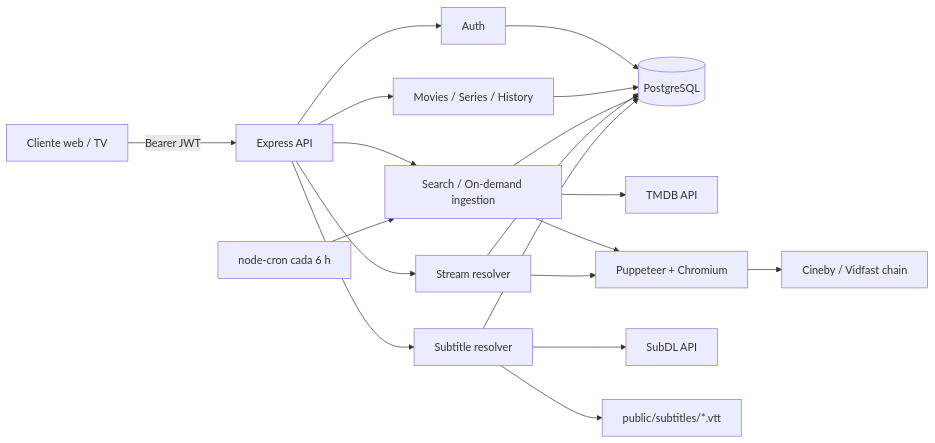
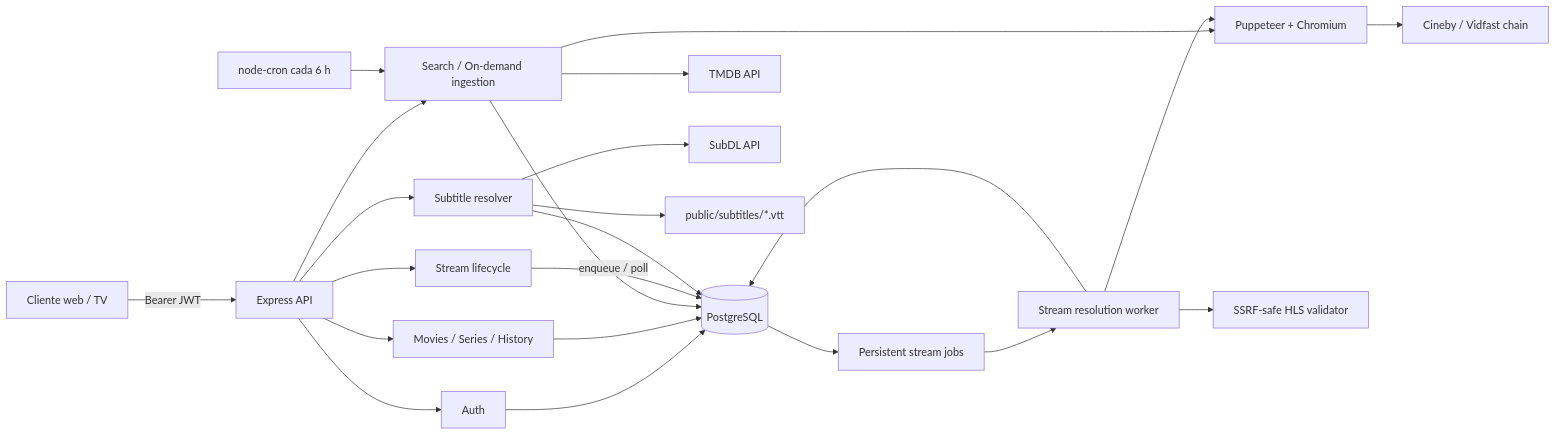
Before and after one commit to zamzze/kanchita-backend: the diagram in ARCHITECTURE.md, drawn with Mermaid. The commit also changed other lines of this file and 29 other files, not shown here.

Commit message:
Fase 2B: cola persistente y worker de streams

````diff
--- a/ARCHITECTURE.md
+++ b/ARCHITECTURE.md
@@ -11,21 +11,25 @@
 ```mermaid
 flowchart LR
   Client[Cliente web / TV] -->|Bearer JWT| API[Express API]
   API --> Auth[Auth]
   API --> Catalog[Movies / Series / History]
   API --> Content[Search / On-demand ingestion]
-  API --> Streams[Stream resolver]
+  API --> Streams[Stream lifecycle]
   API --> Subs[Subtitle resolver]
   Auth --> PG[(PostgreSQL)]
   Catalog --> PG
   Content --> TMDB[TMDB API]
   Content --> PG
   Content --> Scraper[Puppeteer + Chromium]
-  Streams --> PG
-  Streams --> Scraper
+  Streams -->|enqueue / poll| PG
+  PG --> Queue[Persistent stream jobs]
+  Queue --> Worker[Stream resolution worker]
+  Worker --> Scraper
+  Worker --> Validator[SSRF-safe HLS validator]
+  Worker --> PG
   Scraper --> Provider[Cineby / Vidfast chain]
   Subs --> SubDL[SubDL API]
   Subs --> Files[public/subtitles/*.vtt]
   Subs --> PG
   Scheduler[node-cron cada 6 h] --> Content
 ```
````
